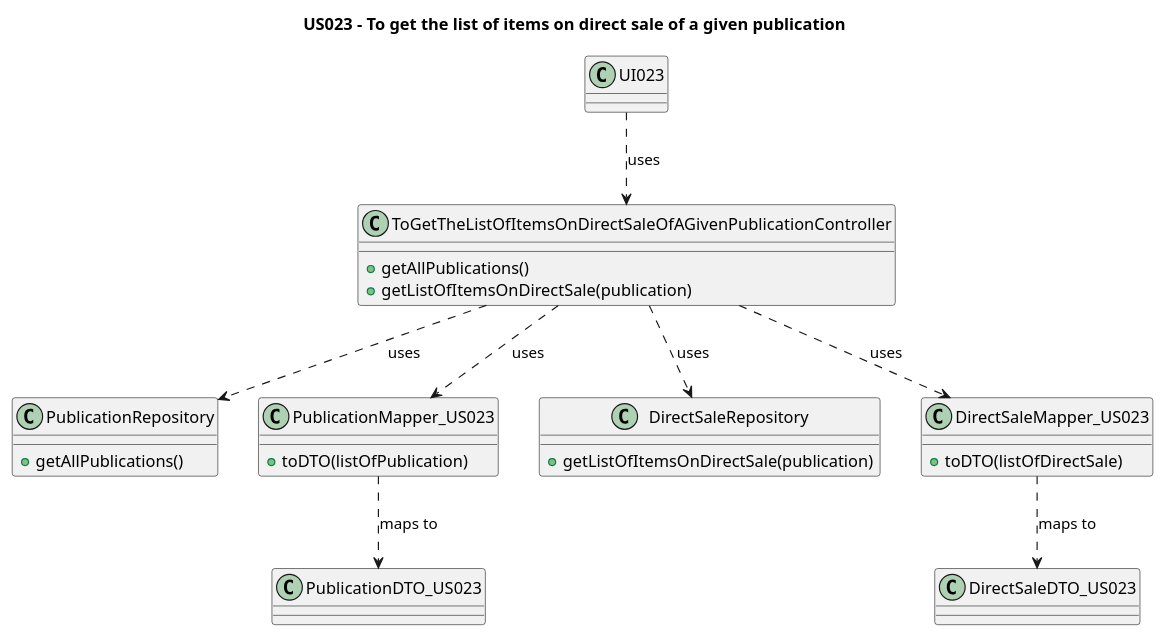
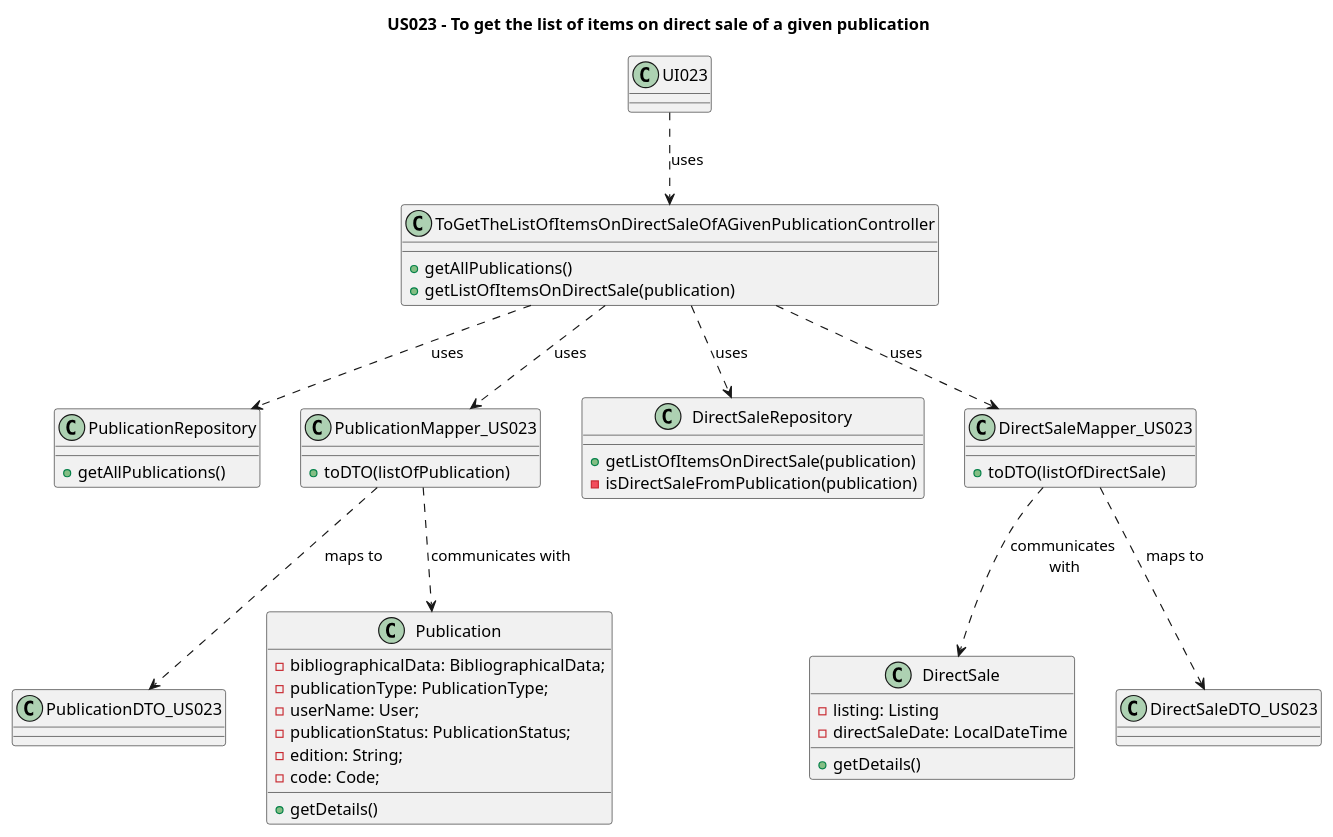
Before and after one commit to AndrePereiraGitH/SWitCH-Project-Team_A: the diagram in Diagrams/ClassDiagrams/US023-to-get-the-list-of-items-on-direct-sale-of-a-given-publication.puml, drawn with PlantUML. The commit also changed 1 other file, not shown here.

```diff
--- a/Diagrams/ClassDiagrams/US023-to-get-the-list-of-items-on-direct-sale-of-a-given-publication.puml
+++ b/Diagrams/ClassDiagrams/US023-to-get-the-list-of-items-on-direct-sale-of-a-given-publication.puml
@@ -1,91 +1,67 @@
 @startuml
 title US023 - To get the list of items on direct sale of a given publication
 
 class UI023{
-
 }
 
 class ToGetTheListOfItemsOnDirectSaleOfAGivenPublicationController {
   +getAllPublications()
   +getListOfItemsOnDirectSale(publication)
 }
 
 class PublicationRepository{
     +getAllPublications()
 }
 
 class PublicationDTO_US023 {
 }
 
 class PublicationMapper_US023 {
   +toDTO(listOfPublication)
 }
 
+class Publication {
+    - bibliographicalData: BibliographicalData;
+    - publicationType: PublicationType;
+    - userName: User;
+    - publicationStatus: PublicationStatus;
+    - edition: String;
+    - code: Code;
+    +getDetails()
+}
+
 class DirectSaleRepository {
   +getListOfItemsOnDirectSale(publication)
+  -isDirectSaleFromPublication(publication)
 }
 
-/'
+
 class DirectSale {
   - listing: Listing
+  - directSaleDate: LocalDateTime
   +getDetails()
 }
-'/
 
 class DirectSaleMapper_US023 {
   +toDTO(listOfDirectSale)
 }
 
 class DirectSaleDTO_US023 {
 }
 
-/'
-class Listing {
-  - item: Item
-  - saleType: SaleType
-}
-
-enum SaleType {
-    DIRECT_SALE
-    AUCTION
-}
-
-'class Item {
-'    - bibliographicalData: BibliographicalData
-'}
-
-class Item {
-    - publication: publication
-}
-
-class Publication {
-    - bibliographicalData: BibliographicalData
-    - code: Code
-}
-
-class BibliographicalData {
-    - title: String
-}
-'/
-
 ' Interactions
 
 UI023 ..> ToGetTheListOfItemsOnDirectSaleOfAGivenPublicationController : uses
+
 ToGetTheListOfItemsOnDirectSaleOfAGivenPublicationController ..> DirectSaleRepository : uses
 ToGetTheListOfItemsOnDirectSaleOfAGivenPublicationController ..> PublicationRepository: uses
+ToGetTheListOfItemsOnDirectSaleOfAGivenPublicationController ..> DirectSaleMapper_US023 : uses
+ToGetTheListOfItemsOnDirectSaleOfAGivenPublicationController ..> PublicationMapper_US023 : uses
+
 PublicationMapper_US023 ..> PublicationDTO_US023 : maps to
-'DirectSaleRepository "1 " --> " * " DirectSale : contains
-ToGetTheListOfItemsOnDirectSaleOfAGivenPublicationController ..> DirectSaleMapper_US023 : uses
+PublicationMapper_US023 ..> Publication : communicates with
+
 DirectSaleMapper_US023 ..> DirectSaleDTO_US023 : maps to
-'DirectSaleMapper_US023 ..> DirectSale : uses
-ToGetTheListOfItemsOnDirectSaleOfAGivenPublicationController ..> PublicationMapper_US023 : uses
-/'
-DirectSale "1" -- "1" Listing : uses
-Listing "                                *" -- "1" SaleType : can be sold by
-Listing "1" -- "1..*    " Item : lists an
-' Item "*" -- "1" BibliographicalData: has
-Item "*" -- "1" Publication: refers to a
-Publication "*" -- "1" BibliographicalData: has
-'/
+DirectSaleMapper_US023 ..> DirectSale : communicates\n with
 
 @enduml
```
